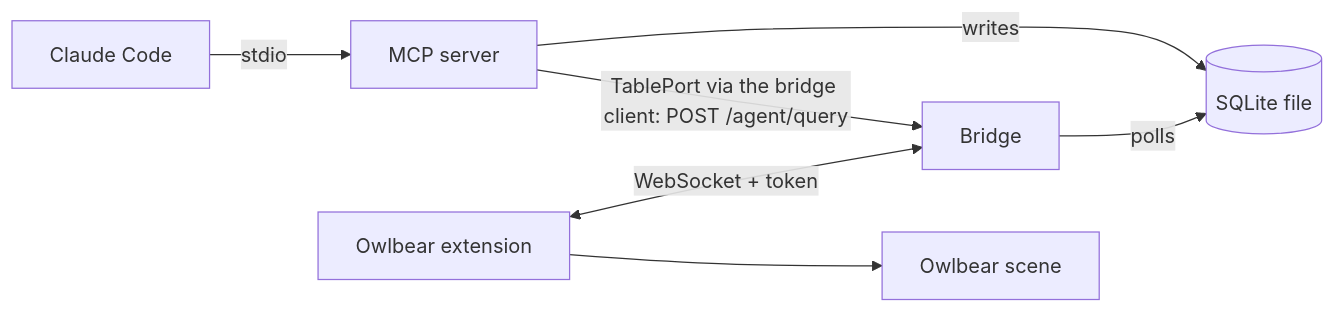
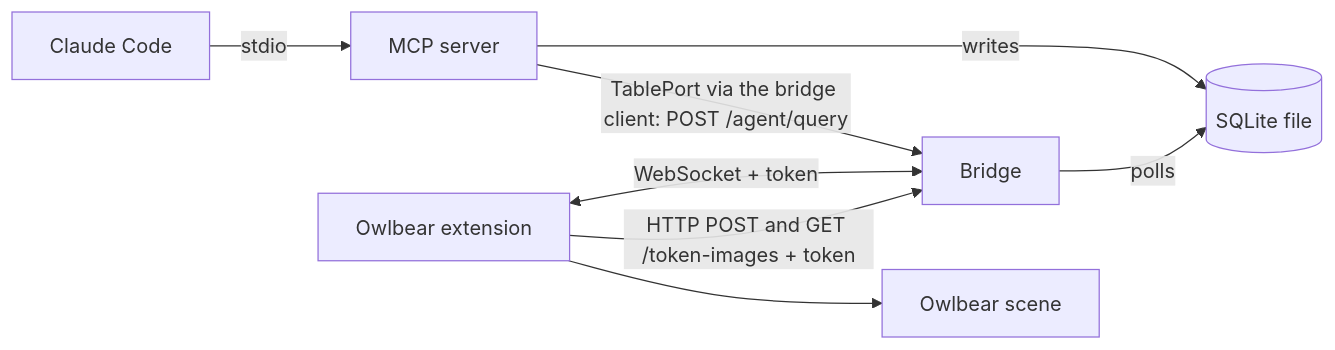
The second of 2 diagrams in docs/architecture.md (askrzypczak/ttrpg-agents), drawn with Mermaid before and after one commit. The commit also changed other lines of this file and 57 other files, not shown here.

````diff
--- a/docs/architecture.md
+++ b/docs/architecture.md
@@ -40,9 +41,10 @@
 ```mermaid
 flowchart LR
   claude["Claude Code"] -->|"stdio"| mcp["MCP server"]
   mcp -->|"writes"| db[("SQLite file")]
   mcp -->|"TablePort via the bridge client: POST /agent/query"| bridge
   bridge["Bridge"] -->|"polls"| db
   ext["Owlbear extension"] <-->|"WebSocket + token"| bridge
+  ext -->|"HTTP POST and GET /token-images + token"| bridge
   ext --> scene["Owlbear scene"]
 ```
````
